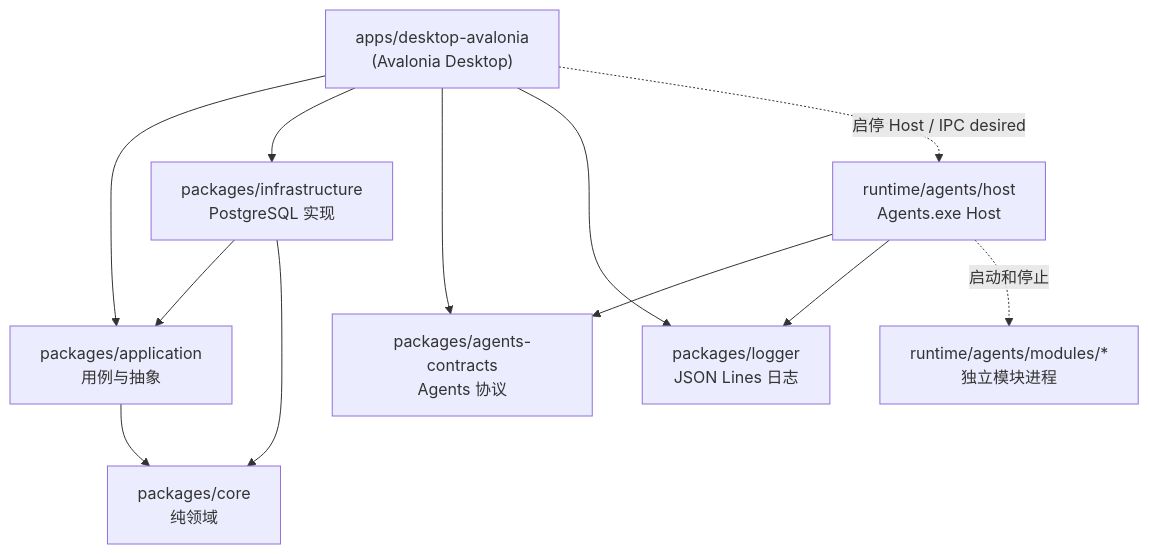
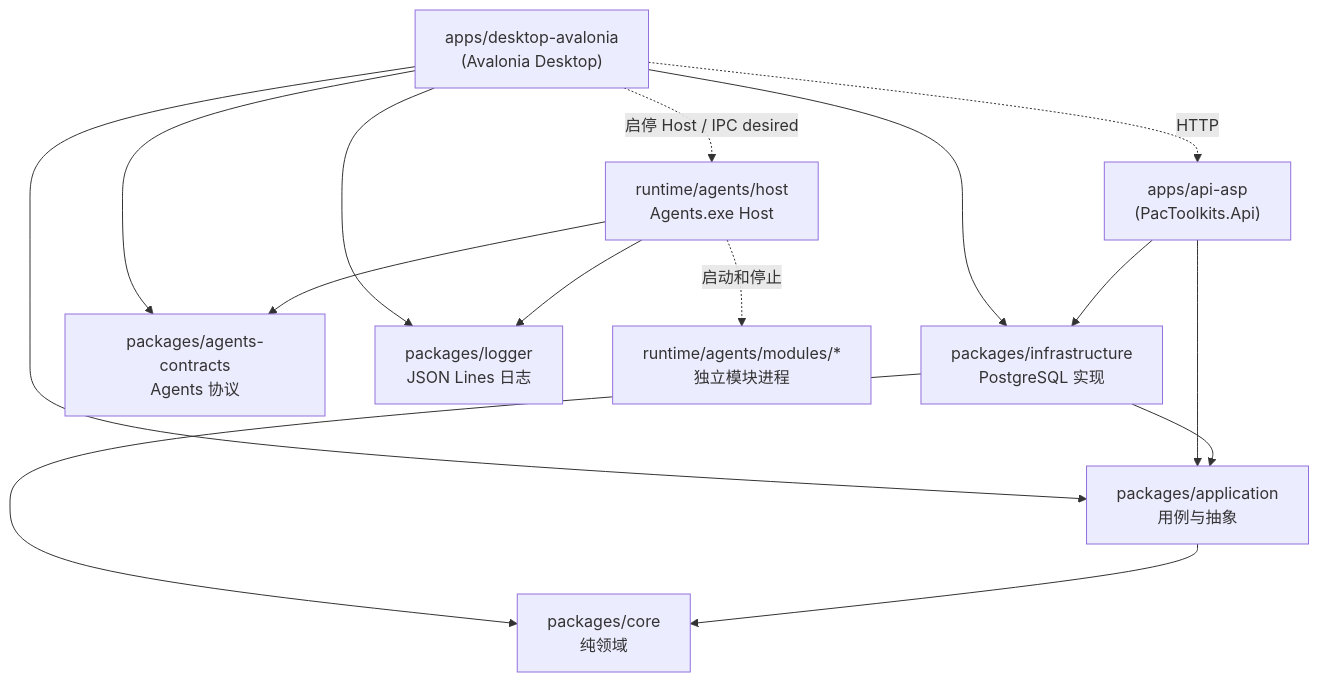
Before and after one commit to pacmandoh/pactoolkits: the diagram in docs/architecture/layering.md, drawn with Mermaid. The commit also changed other lines of this file and 27 other files, not shown here.

First line of the commit message:
feat: add `PacToolkits.Api` HTTP host

````diff
--- a/docs/architecture/layering.md
+++ b/docs/architecture/layering.md
@@ -7,23 +7,27 @@
 ```mermaid
 flowchart TB
     DESKTOP["apps/desktop-avalonia\n(Avalonia Desktop)"]
+    API["apps/api-asp\n(PacToolkits.Api)"]
     APP["packages/application\n用例与抽象"]
     INF["packages/infrastructure\nPostgreSQL 实现"]
     CORE["packages/core\n纯领域"]
     AGENT["packages/agents-contracts\nAgents 协议"]
     LOGGER["packages/logger\nJSON Lines 日志"]
     HOST["runtime/agents/host\nAgents.exe Host"]
     MODULE["runtime/agents/modules/*\n独立模块进程"]
 
     DESKTOP --> APP
     DESKTOP --> INF
     DESKTOP --> AGENT
     DESKTOP --> LOGGER
+    API --> APP
+    API --> INF
     HOST --> AGENT
     HOST --> LOGGER
     INF --> APP
     INF --> CORE
     APP --> CORE
     DESKTOP -.->|启停 Host / IPC desired| HOST
+    DESKTOP -.->|HTTP| API
     HOST -.->|启动和停止| MODULE
 ```
````
